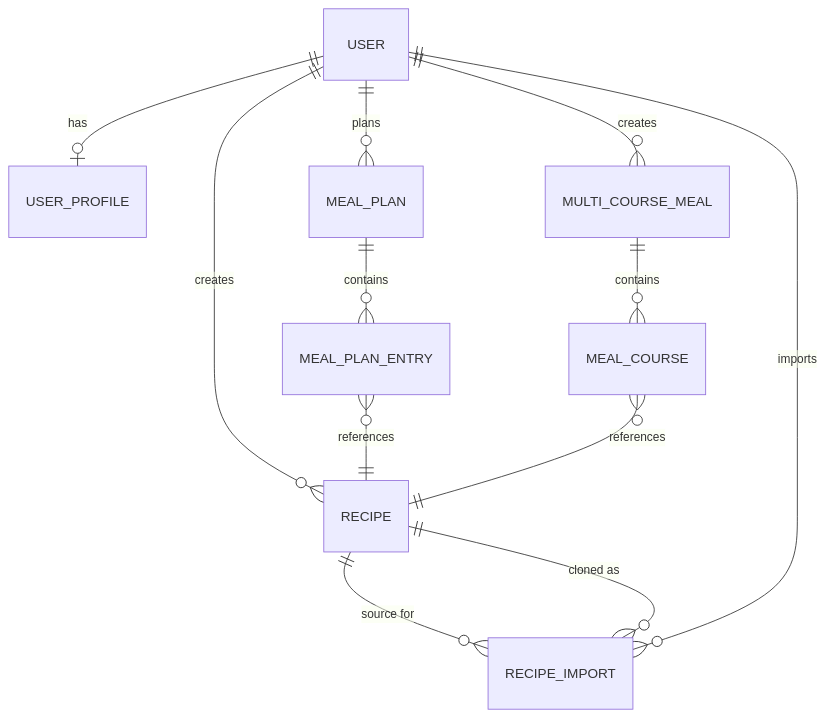
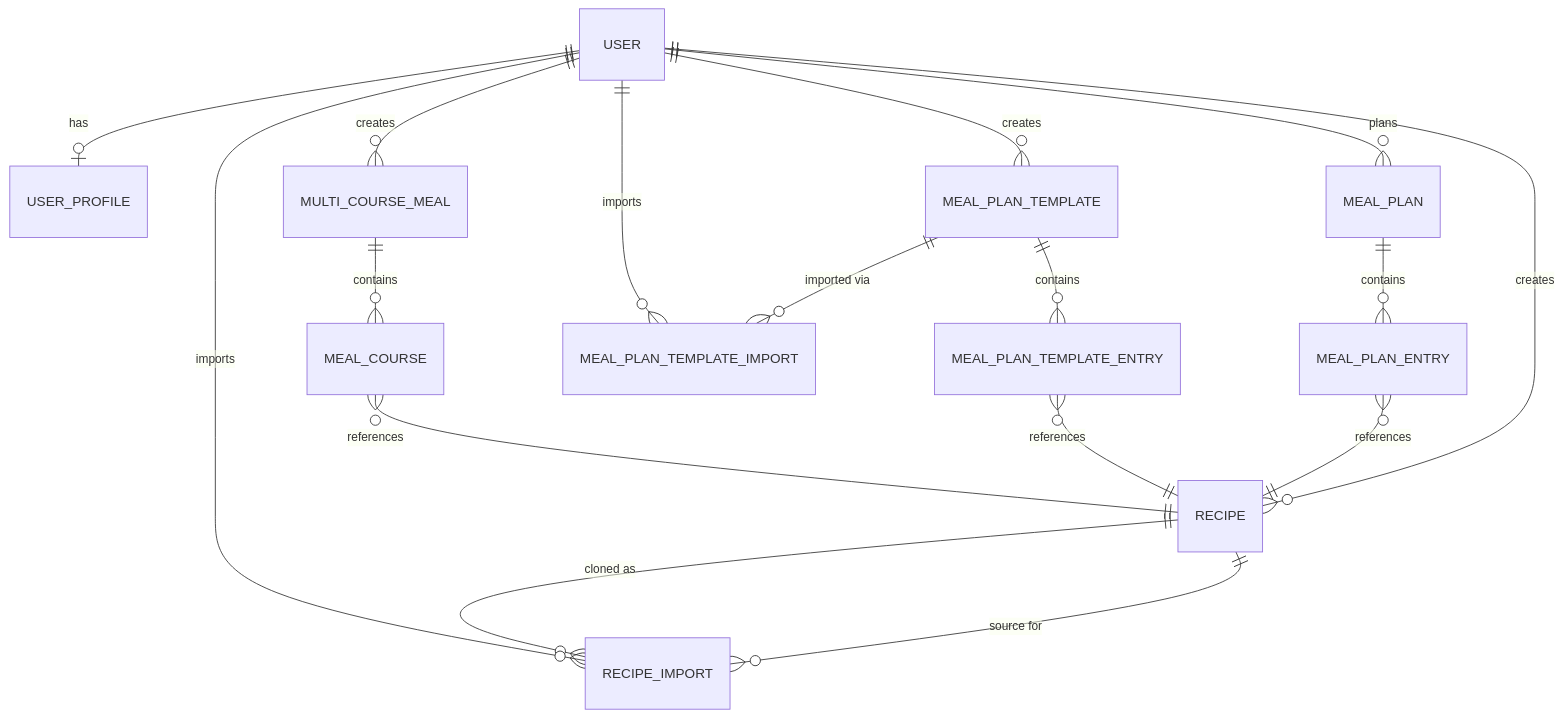
The first of 2 diagrams in .cursor/context.md (SeanningTatum/mise-en-place-2), drawn with Mermaid before and after one commit. The commit also changed other lines of this file and 131 other files, not shown here.

First line of the commit message:
feat: Add public meal plan templates with sharing and import (#7)

````diff
--- a/.cursor/context.md
+++ b/.cursor/context.md
@@ -132,14 +133,19 @@
 ```mermaid
 erDiagram
     USER ||--o| USER_PROFILE : has
     USER ||--o{ RECIPE : creates
     RECIPE ||--o{ RECIPE_IMPORT : "source for"
     RECIPE ||--o{ RECIPE_IMPORT : "cloned as"
     USER ||--o{ RECIPE_IMPORT : imports
     USER ||--o{ MEAL_PLAN : plans
     MEAL_PLAN ||--o{ MEAL_PLAN_ENTRY : contains
     MEAL_PLAN_ENTRY }o--|| RECIPE : references
+    USER ||--o{ MEAL_PLAN_TEMPLATE : creates
+    MEAL_PLAN_TEMPLATE ||--o{ MEAL_PLAN_TEMPLATE_ENTRY : contains
+    MEAL_PLAN_TEMPLATE_ENTRY }o--|| RECIPE : references
+    MEAL_PLAN_TEMPLATE ||--o{ MEAL_PLAN_TEMPLATE_IMPORT : "imported via"
+    USER ||--o{ MEAL_PLAN_TEMPLATE_IMPORT : imports
     USER ||--o{ MULTI_COURSE_MEAL : creates
     MULTI_COURSE_MEAL ||--o{ MEAL_COURSE : contains
     MEAL_COURSE }o--|| RECIPE : references
 ```
````
